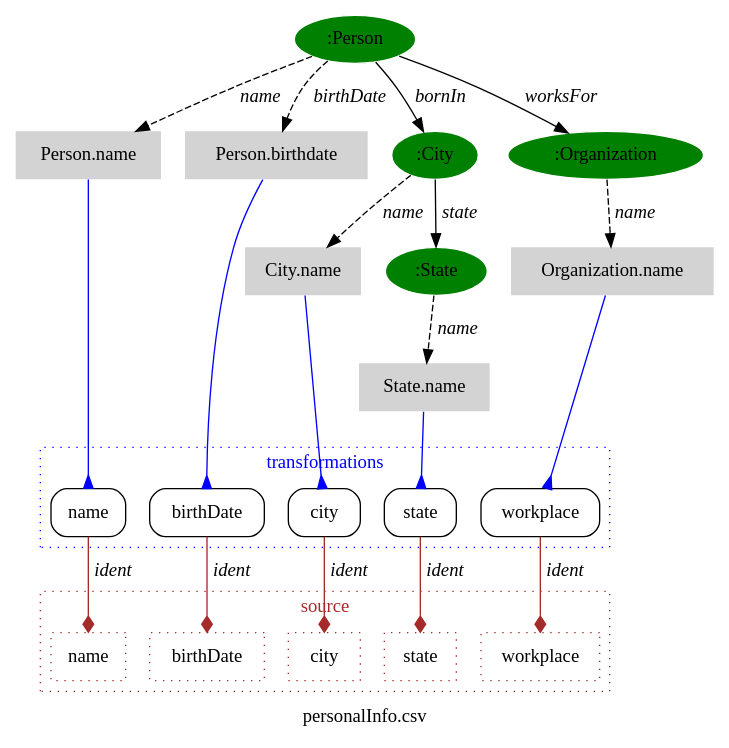
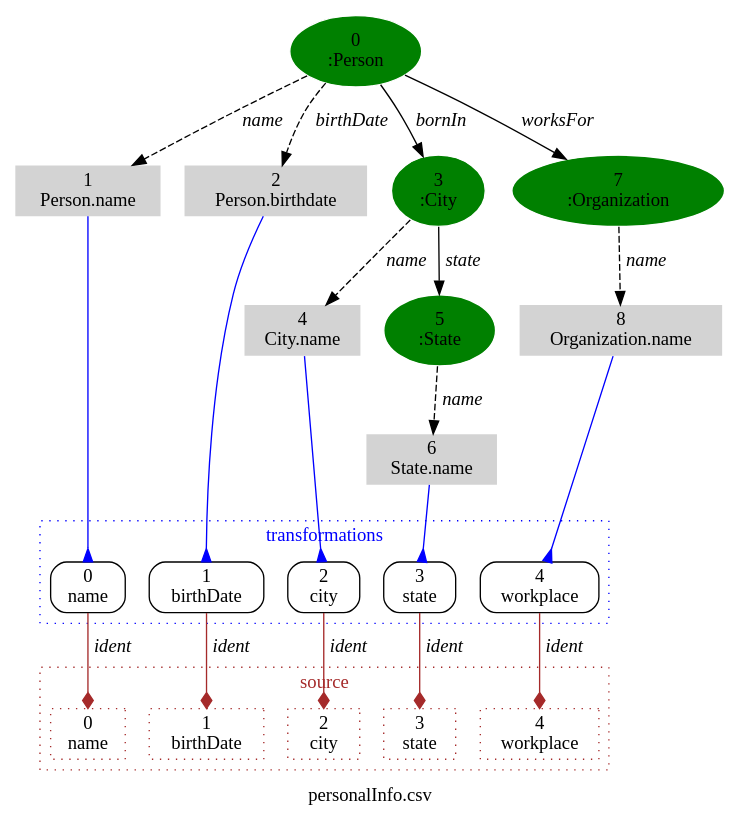
One commit to NICTA/serene-python-client changed the diagram in data/ssd_graphviz/personalInfo.ssd.dot. Above: the diagram before and after it, drawn with Graphviz. The commit also changed 14 other files, not shown here.

```diff
--- a/data/ssd_graphviz/personalInfo.ssd.dot
+++ b/data/ssd_graphviz/personalInfo.ssd.dot
@@ -1,163 +1,182 @@
 digraph  {
 	graph [fontname="times:bold",
 		label="personalInfo.csv",
 		overlap=False,
 		remincross=true,
 		splines=true
 	];
 	node [label="\N"];
 	subgraph cluster1 {
 		graph [color=brown,
 			fontcolor=brown,
 			fontname=times,
 			label=source,
 			rank=same,
 			style=dotted
 		];
 		9		 [color=brown,
-			label=name,
+			label="0
+name",
 			shape=box,
 			style=dotted];
 		10		 [color=brown,
-			label=birthDate,
+			label="1
+birthDate",
 			shape=box,
 			style=dotted];
 		11		 [color=brown,
-			label=city,
+			label="2
+city",
 			shape=box,
 			style=dotted];
 		12		 [color=brown,
-			label=state,
+			label="3
+state",
 			shape=box,
 			style=dotted];
 		13		 [color=brown,
-			label=workplace,
+			label="4
+workplace",
 			shape=box,
 			style=dotted];
 	}
 	subgraph cluster2 {
 		graph [color=blue,
 			fontcolor=blue,
 			fontname=times,
 			label=transformations,
 			rank=same,
 			style=dotted
 		];
-		14		 [label=name,
+		14		 [label="0
+name",
 			shape=box,
 			style=rounded];
-		15		 [label=birthDate,
+		15		 [label="1
+birthDate",
 			shape=box,
 			style=rounded];
-		16		 [label=city,
+		16		 [label="2
+city",
 			shape=box,
 			style=rounded];
-		17		 [label=state,
+		17		 [label="3
+state",
 			shape=box,
 			style=rounded];
-		18		 [label=workplace,
+		18		 [label="4
+workplace",
 			shape=box,
 			style=rounded];
 	}
 	0	 [color=white,
 		fillcolor=green,
-		label=":Person",
+		label="0
+:Person",
 		shape=ellipse,
 		style=filled];
 	1	 [color=white,
 		fillcolor=lightgrey,
-		label="Person.name",
+		label="1
+Person.name",
 		shape=plaintext,
 		style=filled];
 	0 -> 1	 [fontname="times-italic",
 		label=name,
 		style=dashed];
 	2	 [color=white,
 		fillcolor=lightgrey,
-		label="Person.birthdate",
+		label="2
+Person.birthdate",
 		shape=plaintext,
 		style=filled];
 	0 -> 2	 [fontname="times-italic",
 		label=birthDate,
 		style=dashed];
 	3	 [color=white,
 		fillcolor=green,
-		label=":City",
+		label="3
+:City",
 		shape=ellipse,
 		style=filled];
 	0 -> 3	 [fontname="times-italic",
 		label=bornIn];
 	7	 [color=white,
 		fillcolor=green,
-		label=":Organization",
+		label="7
+:Organization",
 		shape=ellipse,
 		style=filled];
 	0 -> 7	 [fontname="times-italic",
 		label=worksFor];
 	1 -> 14	 [arrowhead=inv,
 		arrowtail=inv,
 		color=blue];
 	2 -> 15	 [arrowhead=inv,
 		arrowtail=inv,
 		color=blue];
 	4	 [color=white,
 		fillcolor=lightgrey,
-		label="City.name",
+		label="4
+City.name",
 		shape=plaintext,
 		style=filled];
 	3 -> 4	 [fontname="times-italic",
 		label=name,
 		style=dashed];
 	5	 [color=white,
 		fillcolor=green,
-		label=":State",
+		label="5
+:State",
 		shape=ellipse,
 		style=filled];
 	3 -> 5	 [fontname="times-italic",
 		label=state];
 	4 -> 16	 [arrowhead=inv,
 		arrowtail=inv,
 		color=blue];
 	6	 [color=white,
 		fillcolor=lightgrey,
-		label="State.name",
+		label="6
+State.name",
 		shape=plaintext,
 		style=filled];
 	5 -> 6	 [fontname="times-italic",
 		label=name,
 		style=dashed];
 	6 -> 17	 [arrowhead=inv,
 		arrowtail=inv,
 		color=blue];
 	8	 [color=white,
 		fillcolor=lightgrey,
-		label="Organization.name",
+		label="8
+Organization.name",
 		shape=plaintext,
 		style=filled];
 	7 -> 8	 [fontname="times-italic",
 		label=name,
 		style=dashed];
 	8 -> 18	 [arrowhead=inv,
 		arrowtail=inv,
 		color=blue];
 	14 -> 9	 [arrowhead=diamond,
 		color=brown,
 		fontname="times-italic",
 		label=ident];
 	15 -> 10	 [arrowhead=diamond,
 		color=brown,
 		fontname="times-italic",
 		label=ident];
 	16 -> 11	 [arrowhead=diamond,
 		color=brown,
 		fontname="times-italic",
 		label=ident];
 	17 -> 12	 [arrowhead=diamond,
 		color=brown,
 		fontname="times-italic",
 		label=ident];
 	18 -> 13	 [arrowhead=diamond,
 		color=brown,
 		fontname="times-italic",
 		label=ident];
 }
```
